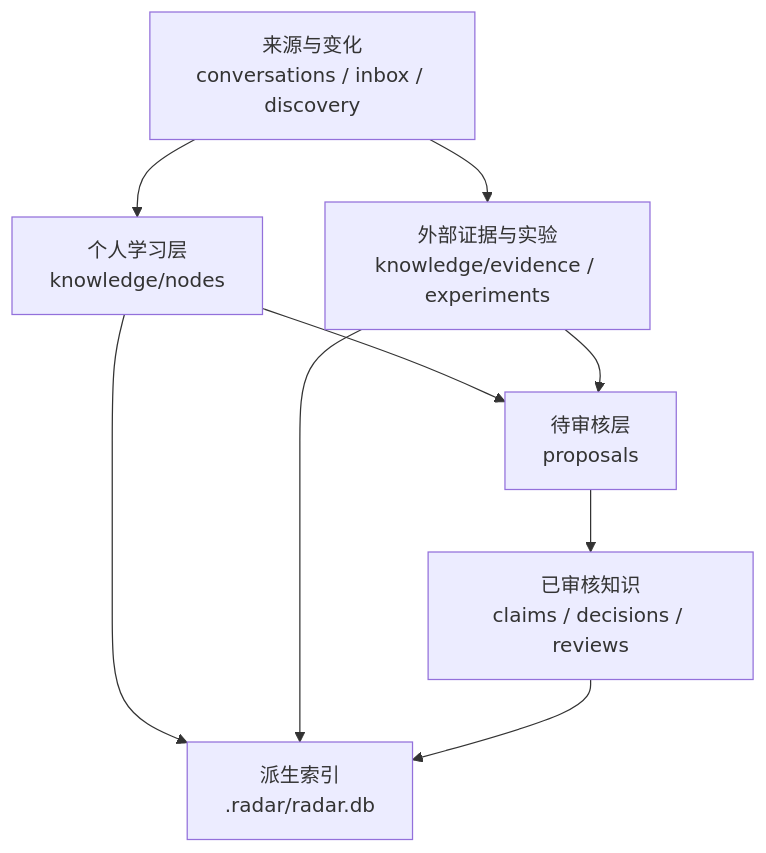
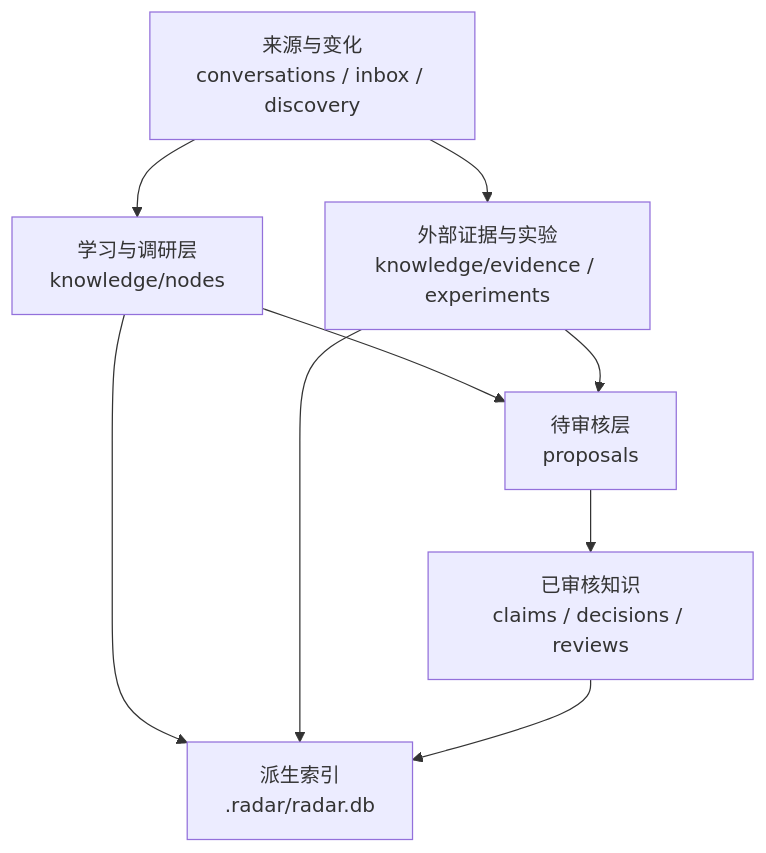
Before and after one commit to WXD7/agent-tech-radar: the diagram in docs/ARCHITECTURE.md, drawn with Mermaid. The commit also changed other lines of this file and 4 other files, not shown here.

````diff
--- a/docs/ARCHITECTURE.md
+++ b/docs/ARCHITECTURE.md
@@ -20,18 +21,18 @@
 ```mermaid
 flowchart TB
     Raw["来源与变化\nconversations / inbox / discovery"]
-    Personal["个人学习层\nknowledge/nodes"]
+    Personal["学习与调研层\nknowledge/nodes"]
     Evidence["外部证据与实验\nknowledge/evidence / experiments"]
     Proposal["待审核层\nproposals"]
     Accepted["已审核知识\nclaims / decisions / reviews"]
     Index["派生索引\n.radar/radar.db"]
 
     Raw --> Personal
     Raw --> Evidence
     Personal --> Proposal
     Evidence --> Proposal
     Proposal --> Accepted
     Personal --> Index
     Evidence --> Index
     Accepted --> Index
 ```
````
